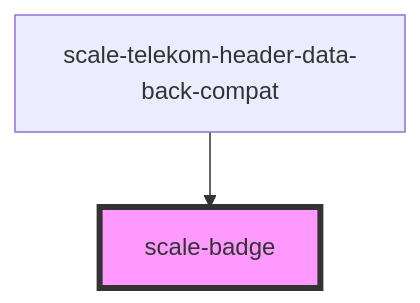
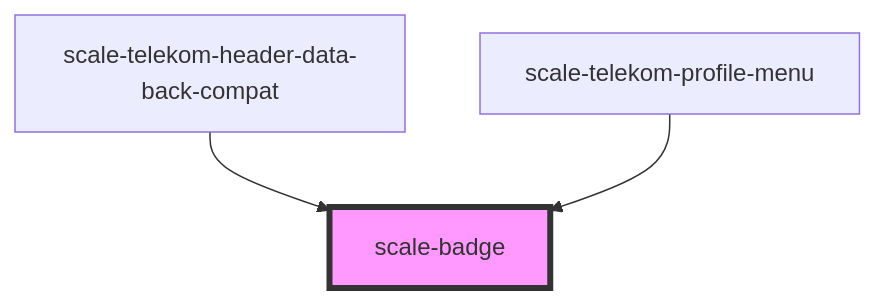
Before and after one commit to telekom/scale: the diagram in packages/components/src/components/badge/readme.md, drawn with Mermaid. The commit also changed other lines of this file and 27 other files, not shown here.

Commit message:
fix(telekom-profile-menu): stories and flyout menu fixes (#2273)

````diff
--- a/packages/components/src/components/badge/readme.md
+++ b/packages/components/src/components/badge/readme.md
@@ -33,5 +34,6 @@
 ```mermaid
 graph TD;
   scale-telekom-header-data-back-compat --> scale-badge
+  scale-telekom-profile-menu --> scale-badge
   style scale-badge fill:#f9f,stroke:#333,stroke-width:4px
 ```
````
